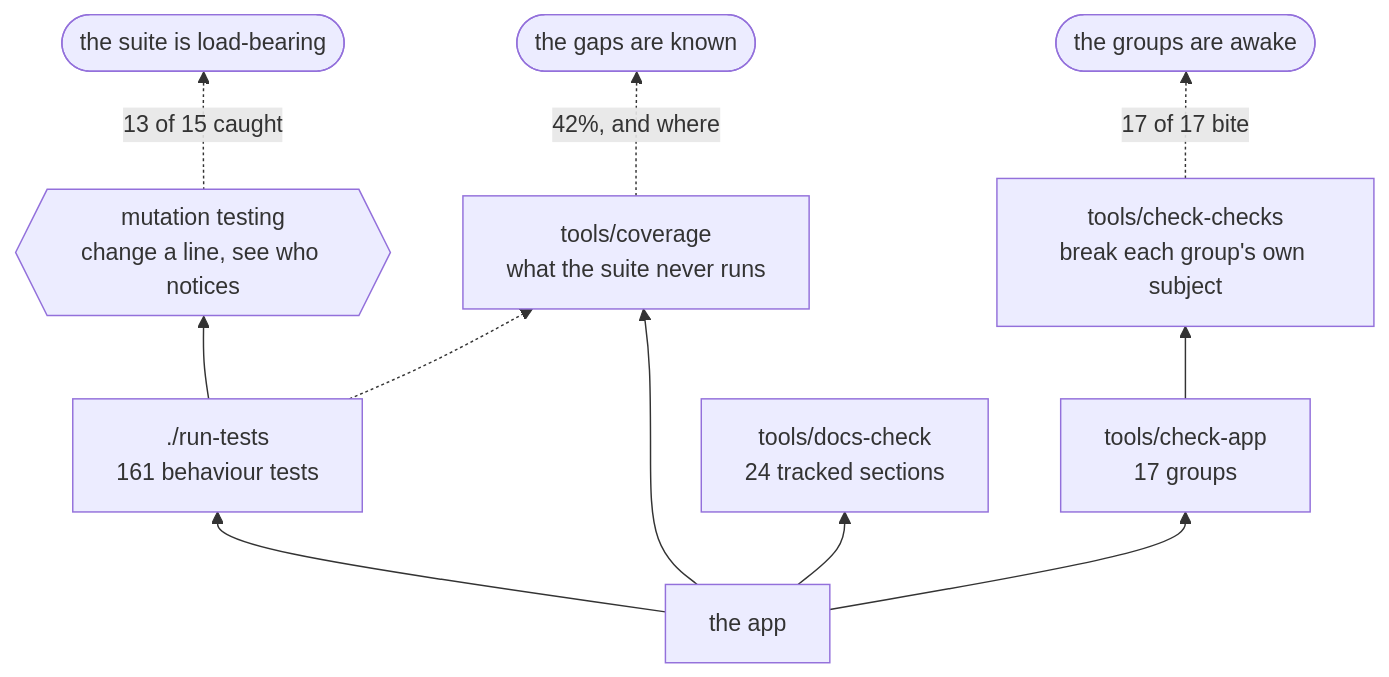
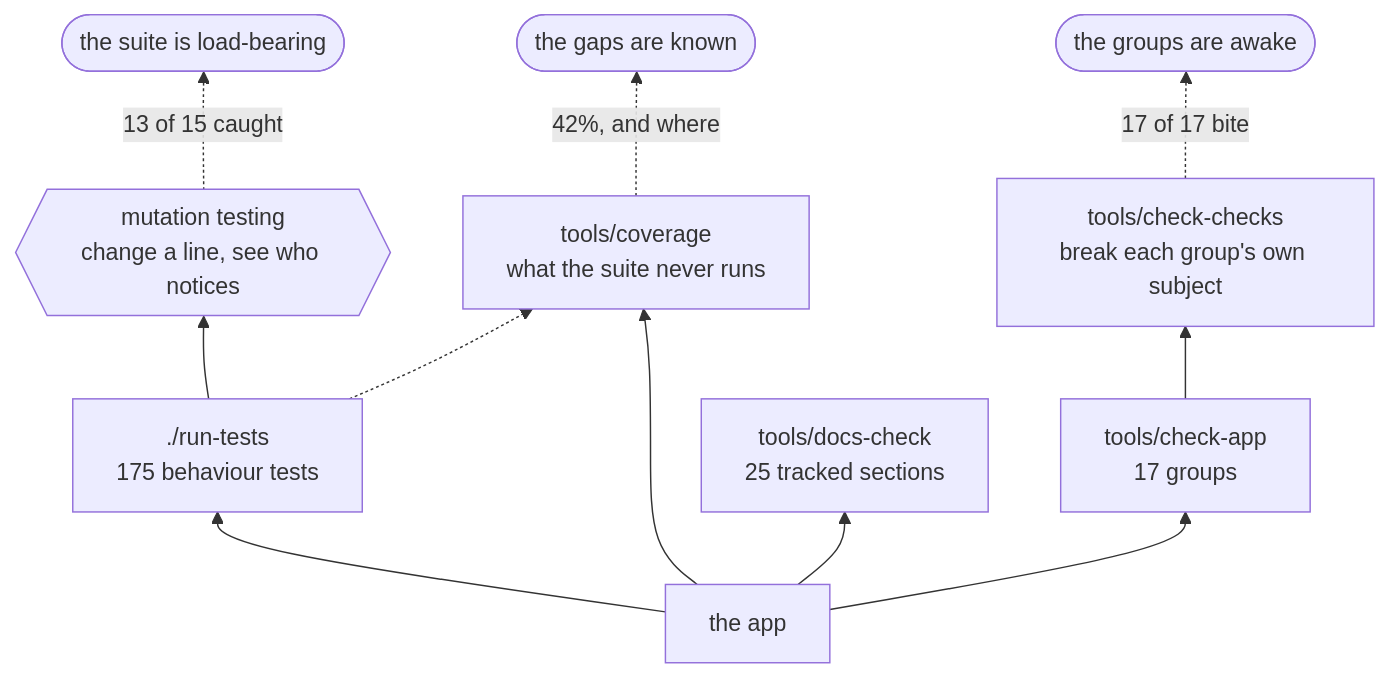
Before and after one commit to minormending/crystal-pilot-mobile: the second of 2 diagrams in docs/DEVELOPING.md, drawn with Mermaid. The commit also changed other lines of this file and 6 other files, not shown here.

````diff
--- a/docs/DEVELOPING.md
+++ b/docs/DEVELOPING.md
@@ -118,13 +118,13 @@
 ```mermaid
 flowchart BT
-    C["the app"] --> T["./run-tests<br/>161 behaviour tests"]
+    C["the app"] --> T["./run-tests<br/>175 behaviour tests"]
     C --> A["tools/check-app<br/>17 groups"]
-    C --> D["tools/docs-check<br/>24 tracked sections"]
+    C --> D["tools/docs-check<br/>25 tracked sections"]
     C --> V["tools/coverage<br/>what the suite never runs"]
     T --> M{{"mutation testing<br/>change a line, see who notices"}}
     A --> K["tools/check-checks<br/>break each group's own subject"]
     T -.-> V
     M -.->|"13 of 15 caught"| R(["the suite is load-bearing"])
     K -.->|"17 of 17 bite"| R2(["the groups are awake"])
     V -.->|"42%, and where"| R3(["the gaps are known"])
 ```
````
